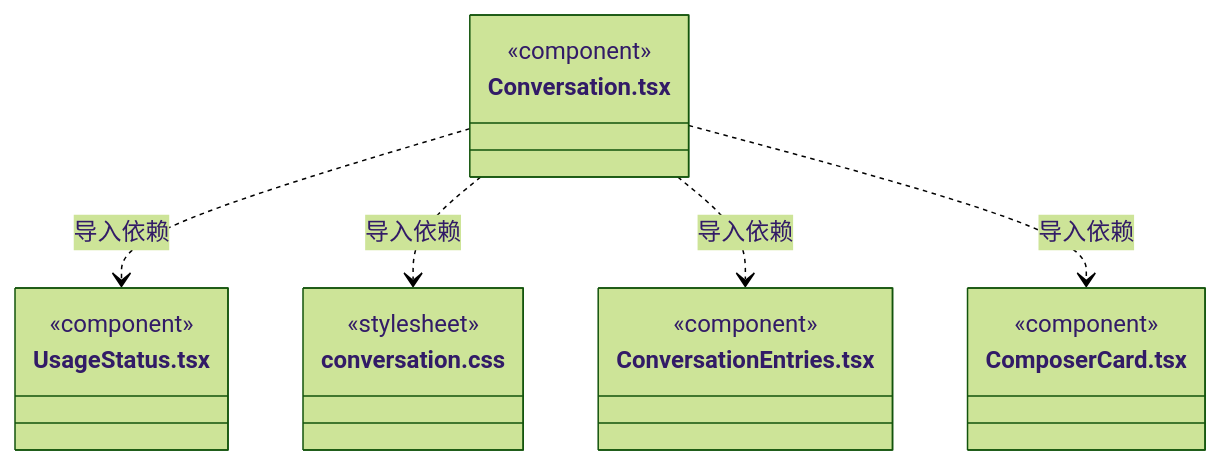
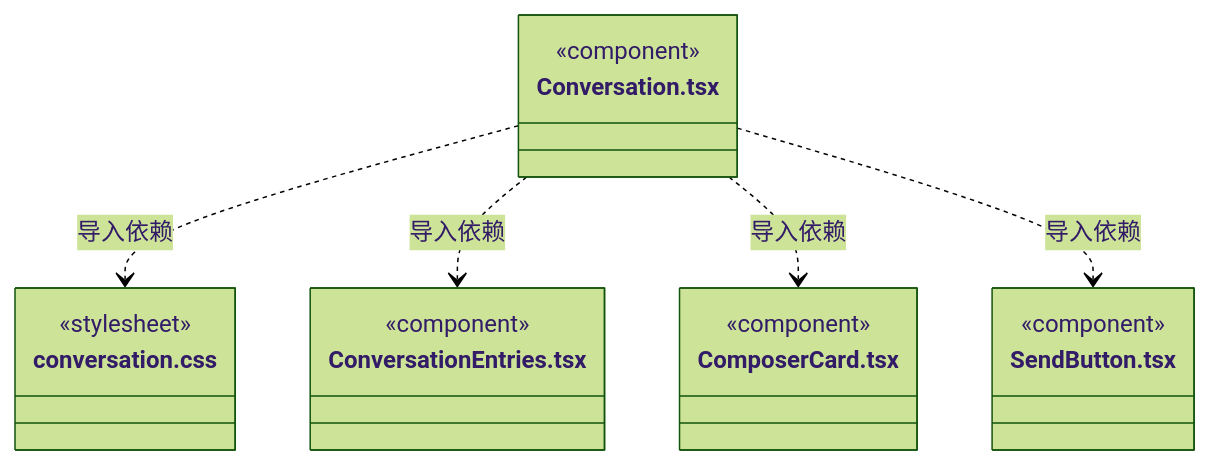
Before and after one commit to nan023062/cbim: diagram 44 of 51 in src/view/conversation/ARCHITECTURE.md, drawn with Mermaid (forest theme). The commit also changed other lines of this file and 29 other files, not shown here.

````diff
--- a/src/view/conversation/ARCHITECTURE.md
+++ b/src/view/conversation/ARCHITECTURE.md
@@ -699,22 +669,22 @@
 ```mermaid
 classDiagram
 class N_src_view_conversation_Conversation_tsx["Conversation.tsx"] {
-  <<component>>
-}
-class N_src_view_conversation_UsageStatus_tsx["UsageStatus.tsx"] {
   <<component>>
 }
 class N_src_view_conversation_conversation_css["conversation.css"] {
   <<stylesheet>>
 }
 class N_src_view_conversation_ConversationEntries_tsx["ConversationEntries.tsx"] {
   <<component>>
 }
 class N_src_view_conversation_ComposerCard_tsx["ComposerCard.tsx"] {
   <<component>>
 }
-N_src_view_conversation_Conversation_tsx ..> N_src_view_conversation_UsageStatus_tsx : 导入依赖
+class N_src_view_conversation_SendButton_tsx["SendButton.tsx"] {
+  <<component>>
+}
 N_src_view_conversation_Conversation_tsx ..> N_src_view_conversation_conversation_css : 导入依赖
 N_src_view_conversation_Conversation_tsx ..> N_src_view_conversation_ConversationEntries_tsx : 导入依赖
 N_src_view_conversation_Conversation_tsx ..> N_src_view_conversation_ComposerCard_tsx : 导入依赖
+N_src_view_conversation_Conversation_tsx ..> N_src_view_conversation_SendButton_tsx : 导入依赖
 ```
````
